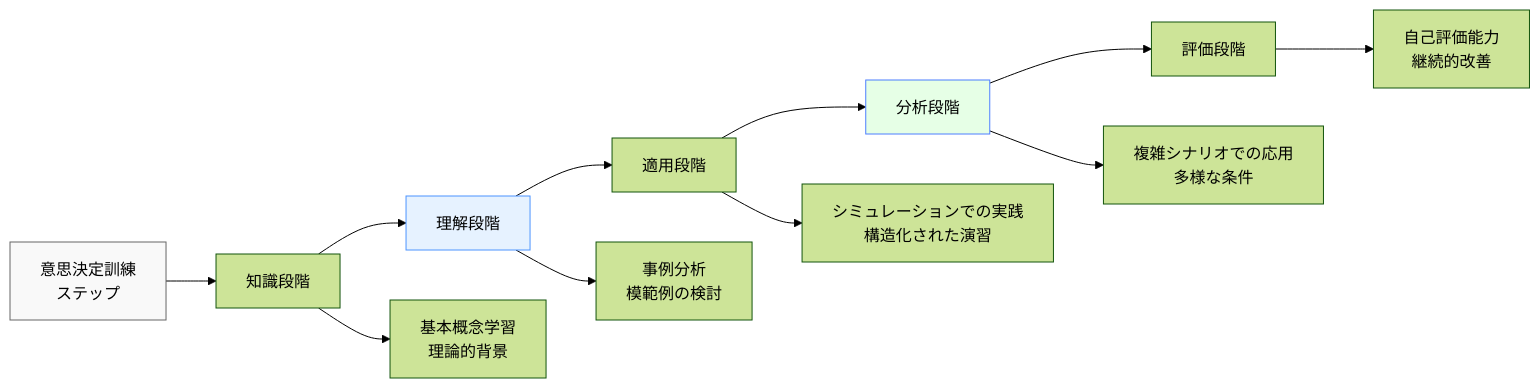
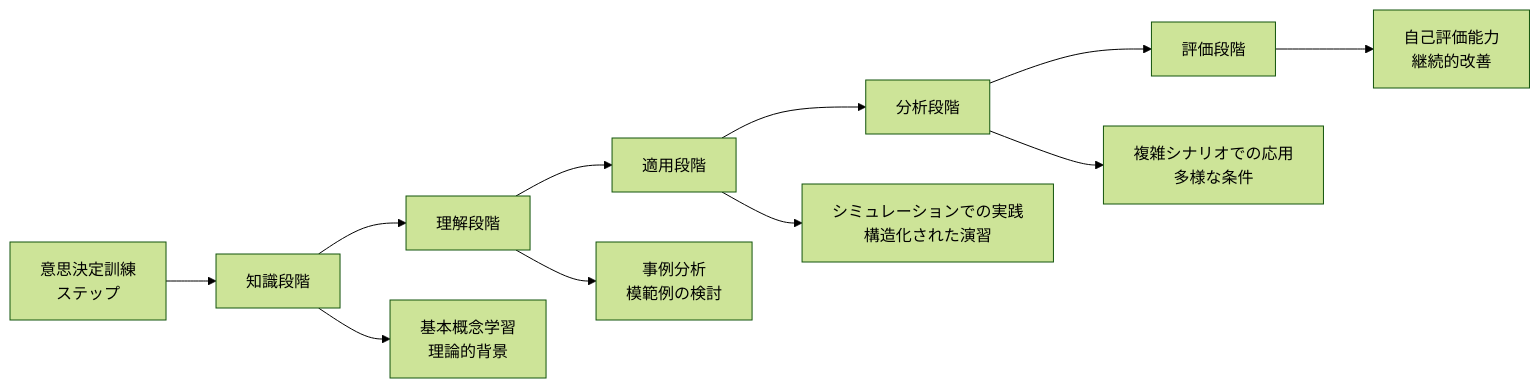
Before and after one commit to shuji-bonji/Situational-Awareness-and-Decision-Making: the tenth of 12 diagrams in docs/applications/aviation-dm.md, drawn with Mermaid (forest theme). The commit also changed other lines of this file and 49 other files, not shown here.

Commit message:
fix: ダークモードで見づらい図の色の変更

````diff
--- a/docs/applications/aviation-dm.md
+++ b/docs/applications/aviation-dm.md
@@ -443,18 +406,14 @@
 ```mermaid
 graph LR
     A[意思決定訓練<br>ステップ] --> B[知識段階]
     B --> C[理解段階]
     C --> D[適用段階]
     D --> E[分析段階]
     E --> F[評価段階]
     
     B --> B1[基本概念学習<br>理論的背景]
     C --> C1[事例分析<br>模範例の検討]
     D --> D1[シミュレーションでの実践<br>構造化された演習]
     E --> E1[複雑シナリオでの応用<br>多様な条件]
     F --> F1[自己評価能力<br>継続的改善]
-    
-    style A fill:#f9f9f9,stroke:#666
-    style C fill:#e6f2ff,stroke:#4d94ff
-    style E fill:#e6ffe6,stroke:#4d7fff
 ```
````
